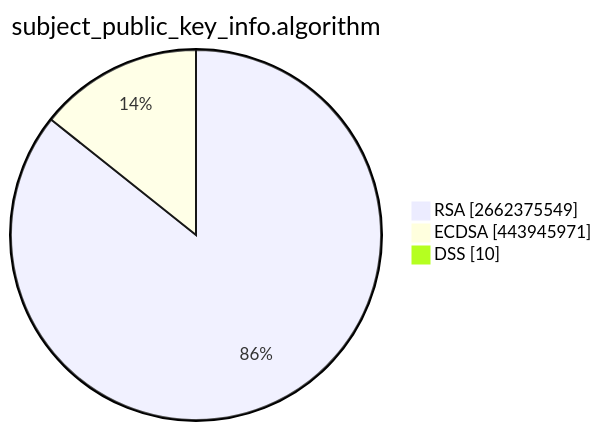
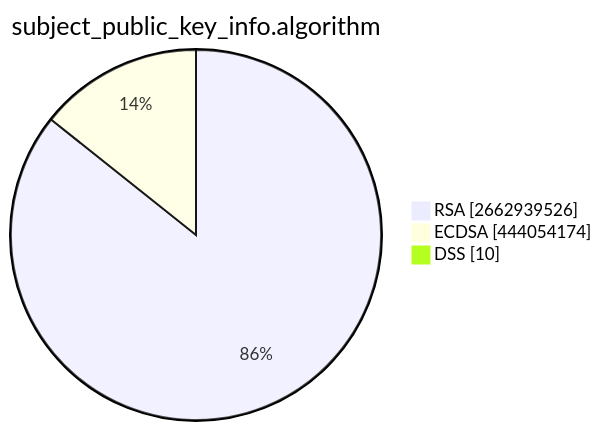
Before and after one commit to christiankrug/ctmonitor_visualization: the second of 15 diagrams in TOTAL/README.md, drawn with Mermaid. The commit also changed other lines of this file, not shown here.

````diff
--- a/TOTAL/README.md
+++ b/TOTAL/README.md
@@ -6,7 +6,7 @@
 ```mermaid
 pie showData
 title subject_public_key_info.algorithm
-"RSA" :2662375549
-"ECDSA" :443945971
+"RSA" :2662939526
+"ECDSA" :444054174
 "DSS" :10
 ```
````
